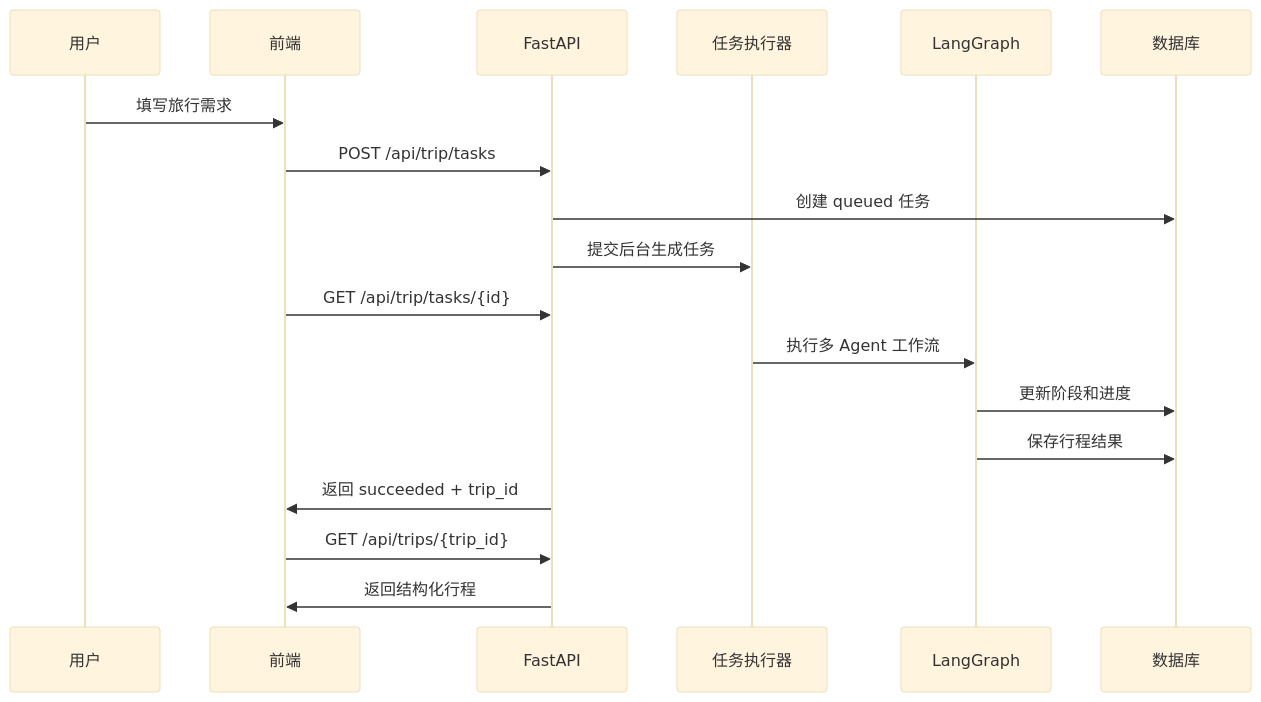
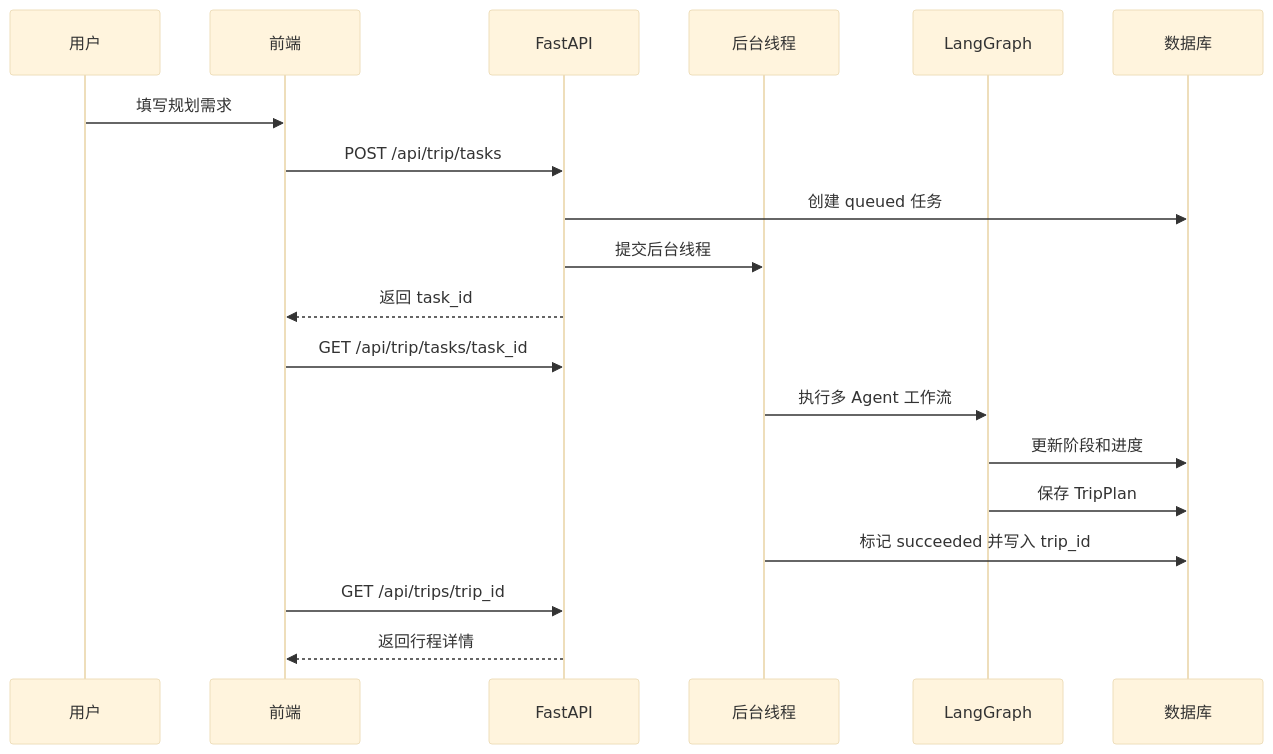
The third of 4 diagrams in docs/ARCHITECTURE.md (yirundong/tripmind-intelligent-trip-planner), drawn with Mermaid (base theme) before and after one commit. The commit also changed other lines of this file and 4 other files, not shown here.

````diff
--- a/docs/ARCHITECTURE.md
+++ b/docs/ARCHITECTURE.md
@@ -79,21 +98,22 @@
 ```mermaid
 sequenceDiagram
   participant User as 用户
   participant Web as 前端
   participant API as FastAPI
-  participant Task as 任务执行器
+  participant Task as 后台线程
   participant Agent as LangGraph
   participant DB as 数据库
 
-  User->>Web: 填写旅行需求
+  User->>Web: 填写规划需求
   Web->>API: POST /api/trip/tasks
   API->>DB: 创建 queued 任务
-  API->>Task: 提交后台生成任务
-  Web->>API: GET /api/trip/tasks/{id}
+  API->>Task: 提交后台线程
+  API-->>Web: 返回 task_id
+  Web->>API: GET /api/trip/tasks/task_id
   Task->>Agent: 执行多 Agent 工作流
   Agent->>DB: 更新阶段和进度
-  Agent->>DB: 保存行程结果
-  API->>Web: 返回 succeeded + trip_id
-  Web->>API: GET /api/trips/{trip_id}
-  API->>Web: 返回结构化行程
+  Agent->>DB: 保存 TripPlan
+  Task->>DB: 标记 succeeded 并写入 trip_id
+  Web->>API: GET /api/trips/trip_id
+  API-->>Web: 返回行程详情
 ```
````
